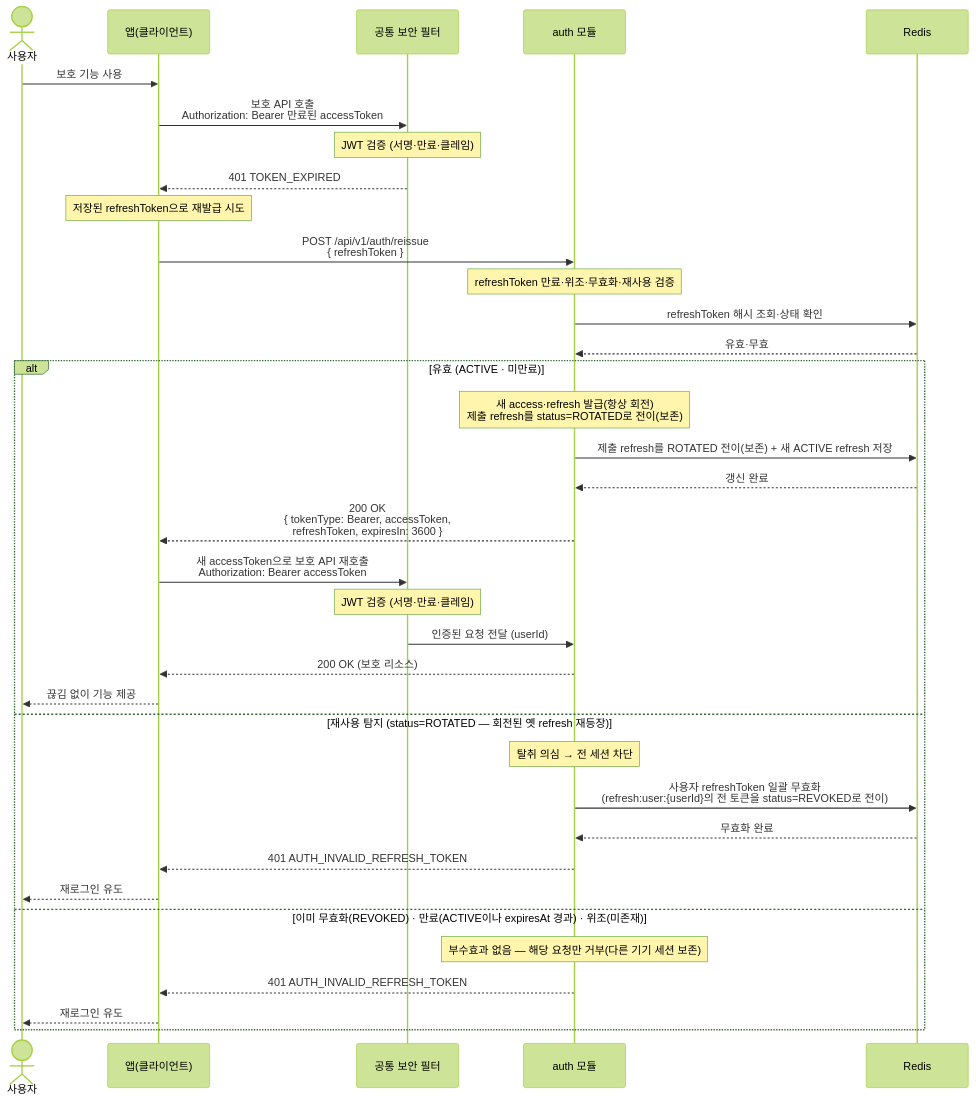
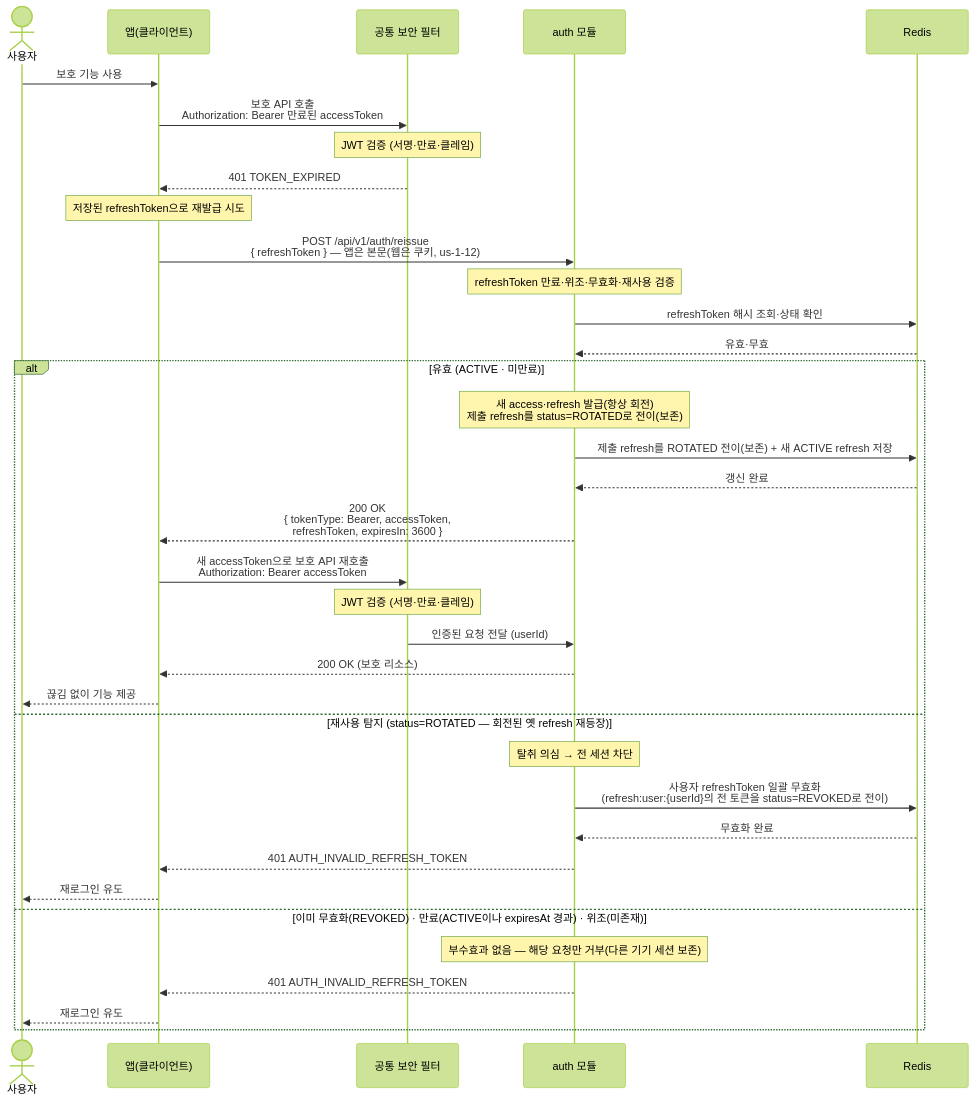
Before and after one commit to jameskim9509/Kohere-backend: the diagram in docs/architecture/sequence-diagrams/01-auth-onboarding/us-1-3-token-reissue.md, drawn with Mermaid (forest theme). The commit also changed other lines of this file and 134 other files, not shown here.

````diff
--- a/docs/architecture/sequence-diagrams/01-auth-onboarding/us-1-3-token-reissue.md
+++ b/docs/architecture/sequence-diagrams/01-auth-onboarding/us-1-3-token-reissue.md
@@ -5,39 +5,39 @@
 ```mermaid
 sequenceDiagram
     actor U as 사용자
     participant C as 앱(클라이언트)
     participant SEC as 공통 보안 필터
     participant AUTH as auth 모듈
     participant DB as Redis
 
     U->>C: 보호 기능 사용
     C->>SEC: 보호 API 호출<br/>Authorization: Bearer 만료된 accessToken
     Note over SEC: JWT 검증 (서명·만료·클레임)
     SEC-->>C: 401 TOKEN_EXPIRED
     Note over C: 저장된 refreshToken으로 재발급 시도
-    C->>AUTH: POST /api/v1/auth/reissue<br/>{ refreshToken }
+    C->>AUTH: POST /api/v1/auth/reissue<br/>{ refreshToken } — 앱은 본문(웹은 쿠키, us-1-12)
     Note over AUTH: refreshToken 만료·위조·무효화·재사용 검증
     AUTH->>DB: refreshToken 해시 조회·상태 확인
     DB-->>AUTH: 유효·무효
     alt 유효 (ACTIVE · 미만료)
         Note over AUTH: 새 access·refresh 발급(항상 회전)<br/>제출 refresh를 status=ROTATED로 전이(보존)
         AUTH->>DB: 제출 refresh를 ROTATED 전이(보존) + 새 ACTIVE refresh 저장
         DB-->>AUTH: 갱신 완료
         AUTH-->>C: 200 OK<br/>{ tokenType: Bearer, accessToken,<br/>refreshToken, expiresIn: 3600 }
         C->>SEC: 새 accessToken으로 보호 API 재호출<br/>Authorization: Bearer accessToken
         Note over SEC: JWT 검증 (서명·만료·클레임)
         SEC->>AUTH: 인증된 요청 전달 (userId)
         AUTH-->>C: 200 OK (보호 리소스)
         C-->>U: 끊김 없이 기능 제공
     else 재사용 탐지 (status=ROTATED — 회전된 옛 refresh 재등장)
         Note over AUTH: 탈취 의심 → 전 세션 차단
         AUTH->>DB: 사용자 refreshToken 일괄 무효화<br/>(refresh:user:{userId}의 전 토큰을 status=REVOKED로 전이)
         DB-->>AUTH: 무효화 완료
         AUTH-->>C: 401 AUTH_INVALID_REFRESH_TOKEN
         C-->>U: 재로그인 유도
     else 이미 무효화(REVOKED) · 만료(ACTIVE이나 expiresAt 경과) · 위조(미존재)
         Note over AUTH: 부수효과 없음 — 해당 요청만 거부(다른 기기 세션 보존)
         AUTH-->>C: 401 AUTH_INVALID_REFRESH_TOKEN
         C-->>U: 재로그인 유도
     end
 ```
````
